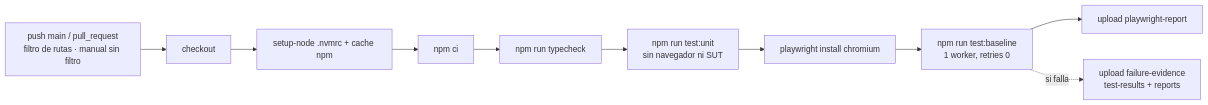
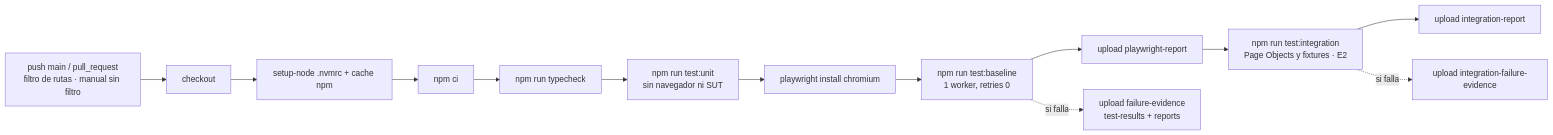
Before and after one commit to lisethportuguez/sqaf-playwright: the second of 5 diagrams in docs/architecture/architecture.md, drawn with Mermaid. The commit also changed other lines of this file and 10 other files, not shown here.

First line of the commit message:
docs: document Stage 2 Page Objects, fixtures and validation

````diff
--- a/docs/architecture/architecture.md
+++ b/docs/architecture/architecture.md
@@ -56,12 +56,15 @@
 ```mermaid
 flowchart LR
     A[push main / pull_request<br/>filtro de rutas · manual sin filtro] --> B[checkout]
     B --> C[setup-node .nvmrc + cache npm]
     C --> D[npm ci]
     D --> E[npm run typecheck]
     E --> U[npm run test:unit<br/>sin navegador ni SUT]
     U --> F[playwright install chromium]
     F --> G[npm run test:baseline<br/>1 worker, retries 0]
     G --> H[upload playwright-report]
     G -. si falla .-> I[upload failure-evidence<br/>test-results + reports]
+    H --> J[npm run test:integration<br/>Page Objects y fixtures · E2]
+    J --> K[upload integration-report]
+    J -. si falla .-> L[upload integration-failure-evidence]
 ```
````
